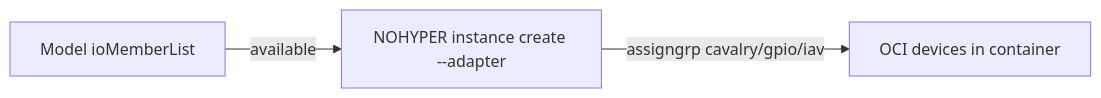
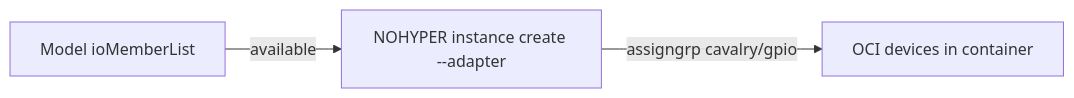
One commit to cchiou-amba/amba-virt changed the diagram in doc/EVE-Ambarella-Models.md. Above: the diagram before and after it, drawn with Mermaid. The commit also changed other lines of this file and 1 other file, not shown here.

First line of the commit message:
Warn that the iav model adapter has no kernel device

````diff
--- a/doc/EVE-Ambarella-Models.md
+++ b/doc/EVE-Ambarella-Models.md
@@ -104,8 +131,8 @@
 ```mermaid
 flowchart LR
   model["Model ioMemberList"]
   inst["NOHYPER instance create --adapter"]
   oci["OCI devices in container"]
   model -->|"available"| inst
-  inst -->|"assigngrp cavalry/gpio/iav"| oci
+  inst -->|"assigngrp cavalry/gpio"| oci
 ```
````
